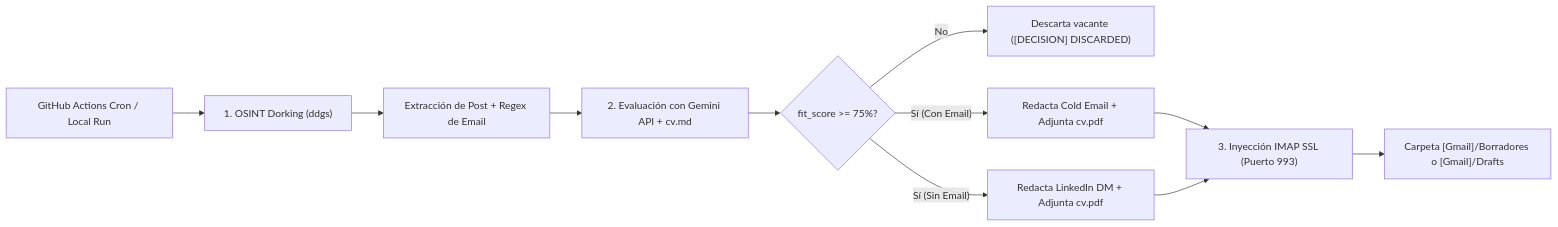
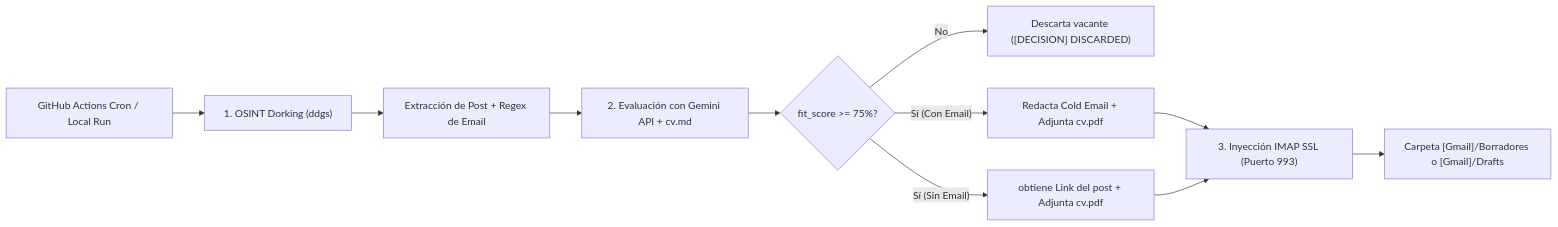
One commit to osvaldoSilent/AGeminiAgentJobSeeker changed the diagram in README.md. Above: the diagram before and after it, drawn with Mermaid.

Commit message:
fixed typo in documentation

````diff
--- a/README.md
+++ b/README.md
@@ -22,13 +22,13 @@
 ```mermaid
 flowchart LR
     A["GitHub Actions Cron / Local Run"] --> B["1. OSINT Dorking (ddgs)"]
     B --> C["Extracción de Post + Regex de Email"]
     C --> D["2. Evaluación con Gemini API + cv.md"]
     D --> E{"fit_score >= 75%?"}
     E -- "No" --> F["Descarta vacante ([DECISION] DISCARDED)"]
     E -- "Sí (Con Email)" --> G["Redacta Cold Email + Adjunta cv.pdf"]
-    E -- "Sí (Sin Email)" --> H["Redacta LinkedIn DM + Adjunta cv.pdf"]
+    E -- "Sí (Sin Email)" --> H["obtiene Link del post + Adjunta cv.pdf"]
     G --> I["3. Inyección IMAP SSL (Puerto 993)"]
     H --> I
     I --> J["Carpeta [Gmail]/Borradores o [Gmail]/Drafts"]
 ```
````
